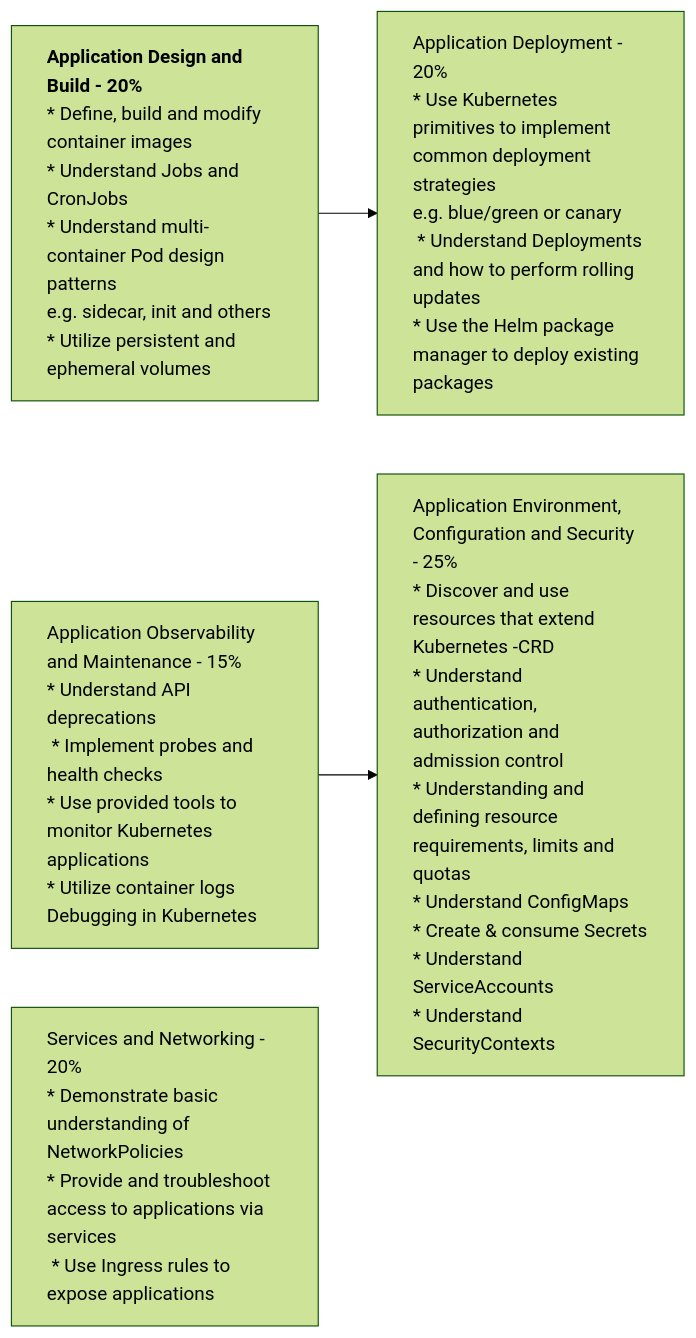
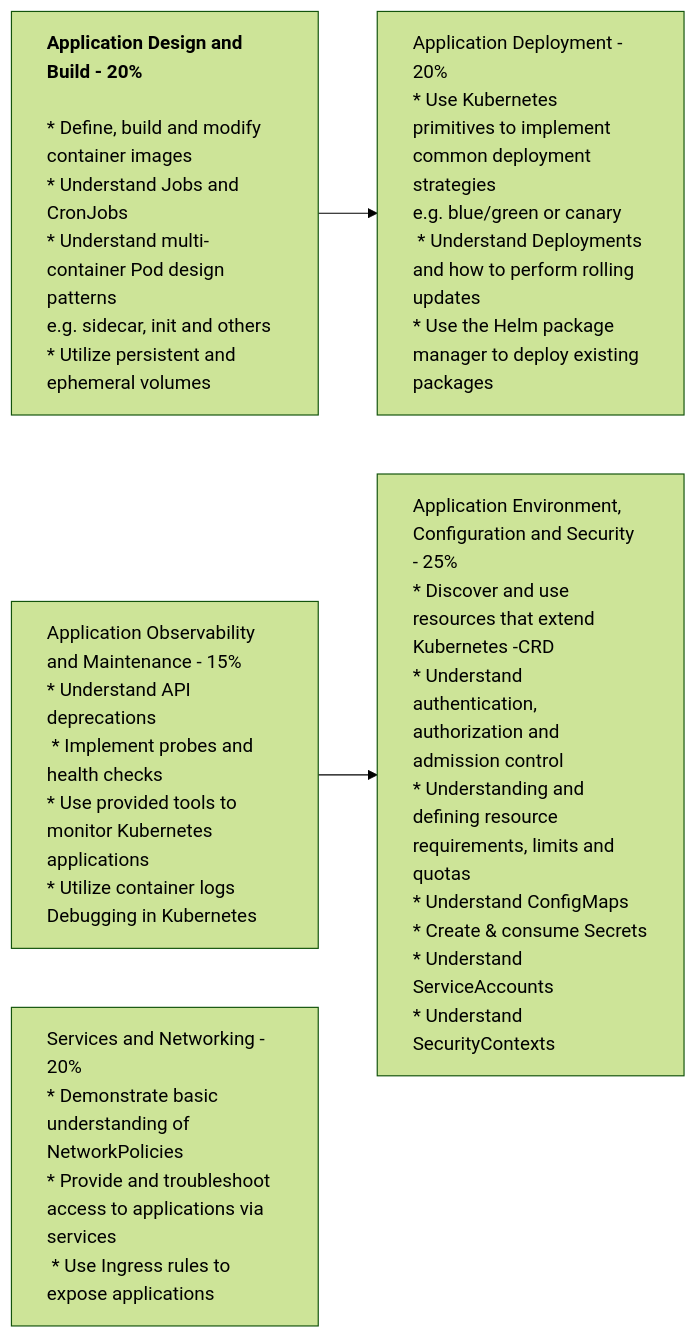
Before and after one commit to edithturn/CKAD-training: the diagram in README.md, drawn with Mermaid (forest theme).

Commit message:
domain part II

````diff
--- a/README.md
+++ b/README.md
@@ -13,15 +13,15 @@
 ```mermaid
 flowchart LR
-A[<strong>Application Design and Build - 20%</strong><br />* Define, build and modify container images<br />* Understand Jobs and CronJobs<br />* Understand multi-container Pod design patterns <br />e.g. sidecar, init and others<br />* Utilize persistent and ephemeral volumes] --> B
+A[<strong>Application Design and Build - 20%<br /></strong><br />* Define, build and modify container images<br />* Understand Jobs and CronJobs<br />* Understand multi-container Pod design patterns <br />e.g. sidecar, init and others<br />* Utilize persistent and ephemeral volumes] --> B
 style A text-align:left
 
 B[Application Deployment - 20%<br />* Use Kubernetes primitives to implement common deployment strategies <br />e.g. blue/green or canary<br /> * Understand Deployments and how to perform rolling updates<br />* Use the Helm package manager to deploy existing packages]
 style B text-align:left
 
 C[Application Observability and Maintenance - 15%<br />* Understand API deprecations<br /> * Implement probes and health checks<br />* Use provided tools to monitor Kubernetes applications<br />* Utilize container logs Debugging in Kubernetes] --> D
 style C text-align:left
 D[Application Environment, Configuration and Security - 25%<br />* Discover and use resources that extend Kubernetes -CRD<br />* Understand authentication, authorization and admission control<br />* Understanding and defining resource requirements, limits and quotas<br />* Understand ConfigMaps<br />* Create & consume Secrets<br />* Understand ServiceAccounts<br />* Understand SecurityContexts]
 style D text-align:left
 E[Services and Networking - 20%<br />* Demonstrate basic understanding of NetworkPolicies<br />* Provide and troubleshoot access to applications via services<br /> * Use Ingress rules to expose applications]
 style E text-align:left
 ```
````
